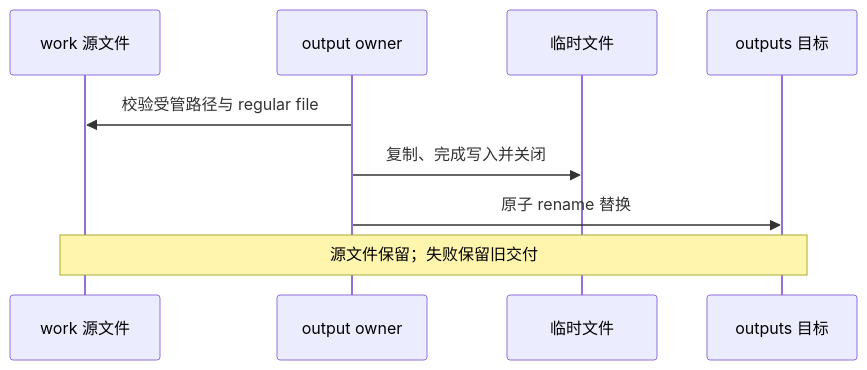
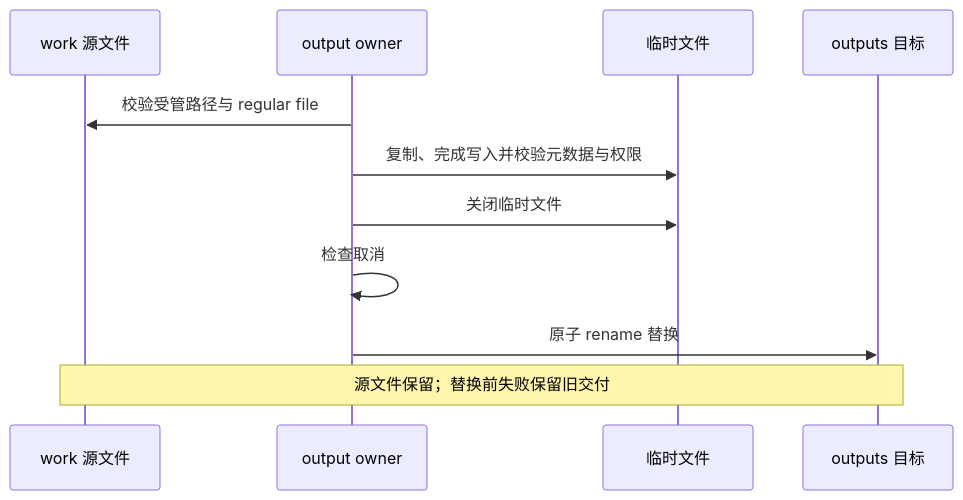
The third of 4 diagrams in docs/STORAGE.md (idoly/issue-pilot), drawn with Mermaid before and after one commit. The commit also changed other lines of this file and 58 other files, not shown here.

````diff
--- a/docs/STORAGE.md
+++ b/docs/STORAGE.md
@@ -93,11 +93,13 @@
 ```mermaid
 sequenceDiagram
   participant Work as work 源文件
   participant Store as output owner
   participant Temp as 临时文件
   participant Output as outputs 目标
   Store->>Work: 校验受管路径与 regular file
-  Store->>Temp: 复制、完成写入并关闭
+  Store->>Temp: 复制、完成写入并校验元数据与权限
+  Store->>Temp: 关闭临时文件
+  Store->>Store: 检查取消
   Store->>Output: 原子 rename 替换
-  Note over Work,Output: 源文件保留；失败保留旧交付
+  Note over Work,Output: 源文件保留；替换前失败保留旧交付
 ```
````
